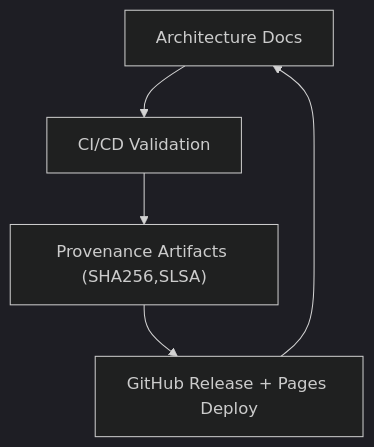
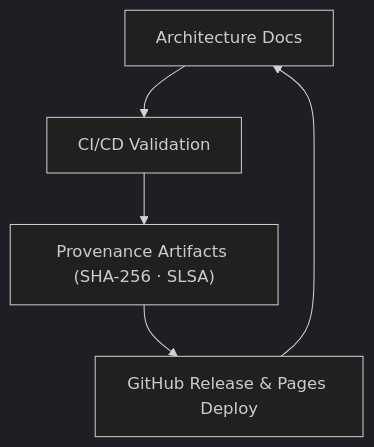
Before and after one commit to bartytime4life/Kansas-Frontier-Matrix: the third of 3 diagrams in docs/architecture/README.md, drawn with Mermaid (dark theme). The commit also changed other lines of this file, not shown here.

````diff
--- a/docs/architecture/README.md
+++ b/docs/architecture/README.md
@@ -249,7 +251,7 @@
 ```mermaid
 flowchart TD
   Docs["Architecture Docs"] --> CI["CI/CD Validation"]
-  CI --> Provenance["Provenance Artifacts (SHA256,SLSA)"]
-  Provenance --> Release["GitHub Release + Pages Deploy"]
+  CI --> Provenance["Provenance Artifacts (SHA-256 · SLSA)"]
+  Provenance --> Release["GitHub Release & Pages Deploy"]
   Release --> Docs
 ```
````
